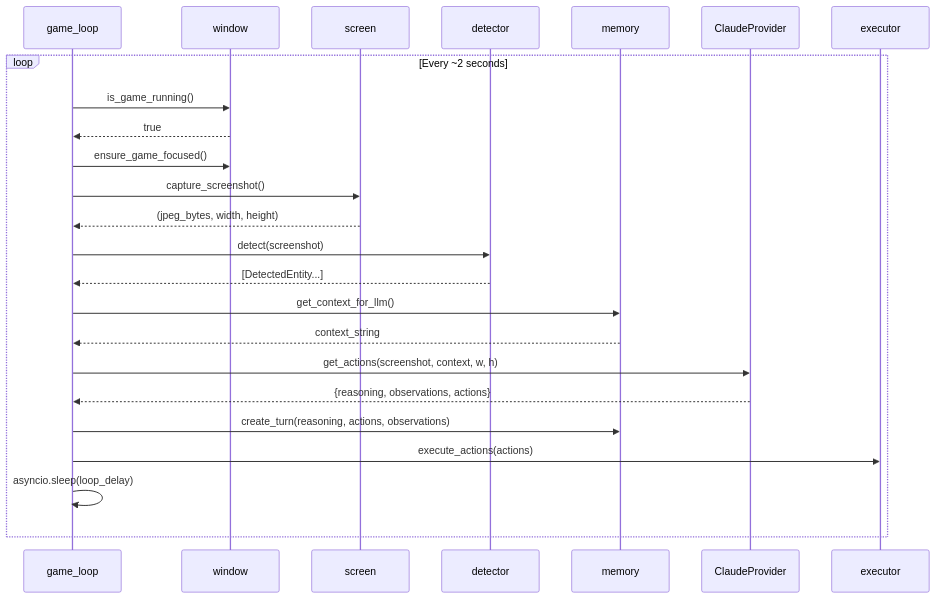
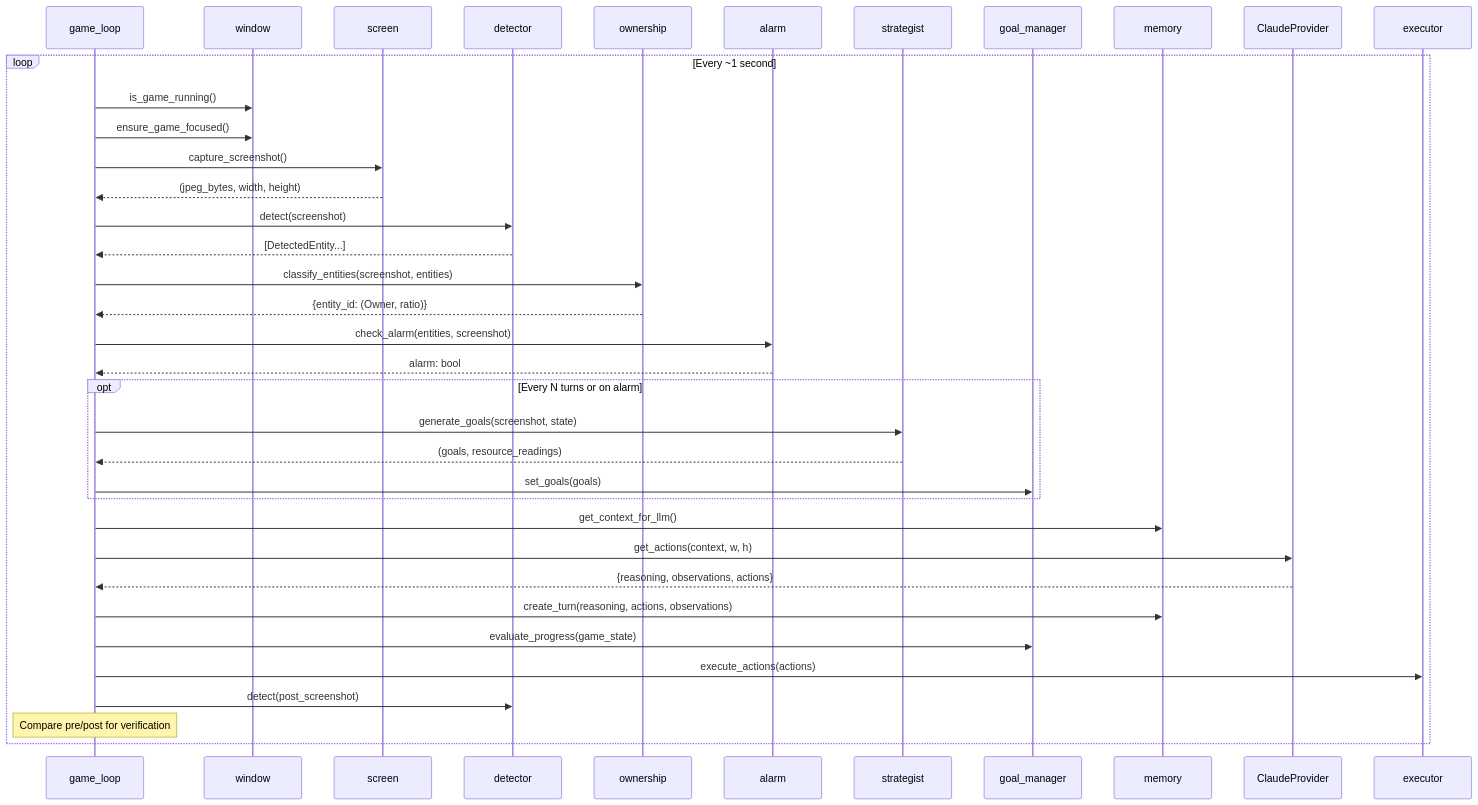
One commit to dobosmarton/aoe2-agent changed the diagram in docs/part1-architecture/02-game-loop-pipeline.md. Above: the diagram before and after it, drawn with Mermaid. The commit also changed other lines of this file and 9 other files, not shown here.

First line of the commit message:
docs: rewrite documentation for current architecture

````diff
--- a/docs/part1-architecture/02-game-loop-pipeline.md
+++ b/docs/part1-architecture/02-game-loop-pipeline.md
@@ -7,27 +7,40 @@
 ```mermaid
 sequenceDiagram
     participant GL as game_loop
     participant W as window
     participant S as screen
     participant D as detector
+    participant OWN as ownership
+    participant ALM as alarm
+    participant STR as strategist
+    participant GM as goal_manager
     participant M as memory
     participant C as ClaudeProvider
     participant E as executor
 
-    loop Every ~2 seconds
+    loop Every ~1 second
         GL->>W: is_game_running()
-        W-->>GL: true
         GL->>W: ensure_game_focused()
         GL->>S: capture_screenshot()
         S-->>GL: (jpeg_bytes, width, height)
         GL->>D: detect(screenshot)
         D-->>GL: [DetectedEntity...]
+        GL->>OWN: classify_entities(screenshot, entities)
+        OWN-->>GL: {entity_id: (Owner, ratio)}
+        GL->>ALM: check_alarm(entities, screenshot)
+        ALM-->>GL: alarm: bool
+        opt Every N turns or on alarm
+            GL->>STR: generate_goals(screenshot, state)
+            STR-->>GL: (goals, resource_readings)
+            GL->>GM: set_goals(goals)
+        end
         GL->>M: get_context_for_llm()
-        M-->>GL: context_string
-        GL->>C: get_actions(screenshot, context, w, h)
+        GL->>C: get_actions(context, w, h)
         C-->>GL: {reasoning, observations, actions}
         GL->>M: create_turn(reasoning, actions, observations)
+        GL->>GM: evaluate_progress(game_state)
         GL->>E: execute_actions(actions)
-        GL->>GL: asyncio.sleep(loop_delay)
+        GL->>D: detect(post_screenshot)
+        Note over GL: Compare pre/post for verification
     end
 ```
````
